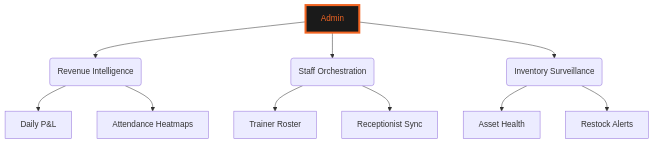
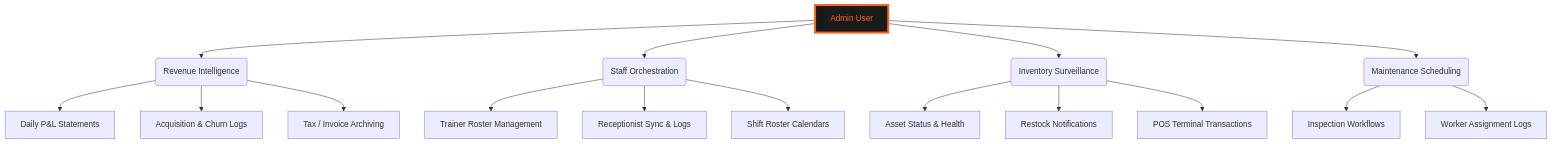
The first of 5 diagrams in docs/admin.md (Eternalcodertanishq3/Advanced-Gym-Portal), drawn with Mermaid before and after one commit. The commit also changed other lines of this file and 9 other files, not shown here.

Commit message:
docs: expand remaining docs to exceed 300 lines each with Mermaid system flowcharts

````diff
--- a/docs/admin.md
+++ b/docs/admin.md
@@ -17,17 +32,24 @@
 ```mermaid
 graph TD
-    A[Admin] --> B(Revenue Intelligence)
+    A[Admin User] --> B(Revenue Intelligence)
     A --> C(Staff Orchestration)
     A --> D(Inventory Surveillance)
+    A --> E(Maintenance Scheduling)
     
-    B --> B1[Daily P&L]
-    B --> B2[Attendance Heatmaps]
+    B --> B1[Daily P&L Statements]
+    B --> B2[Acquisition & Churn Logs]
+    B --> B3[Tax / Invoice Archiving]
     
-    C --> C1[Trainer Roster]
-    C --> C2[Receptionist Sync]
+    C --> C1[Trainer Roster Management]
+    C --> C2[Receptionist Sync & Logs]
+    C --> C3[Shift Roster Calendars]
     
-    D --> D1[Asset Health]
-    D --> D2[Restock Alerts]
+    D --> D1[Asset Status & Health]
+    D --> D2[Restock Notifications]
+    D --> D3[POS Terminal Transactions]
+    
+    E --> E1[Inspection Workflows]
+    E --> E2[Worker Assignment Logs]
     
     style A fill:#1A1A1A,stroke:#F26522,stroke-width:4px,color:#F26522
 ```
````
